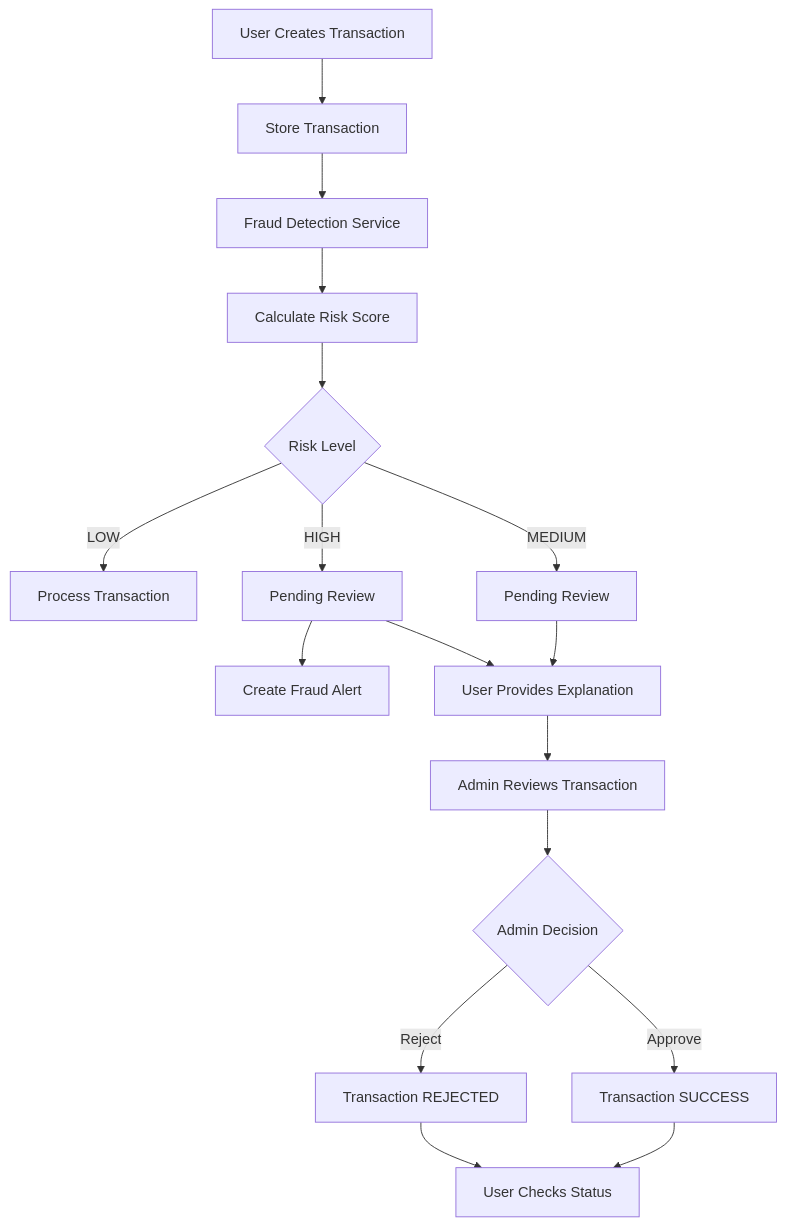
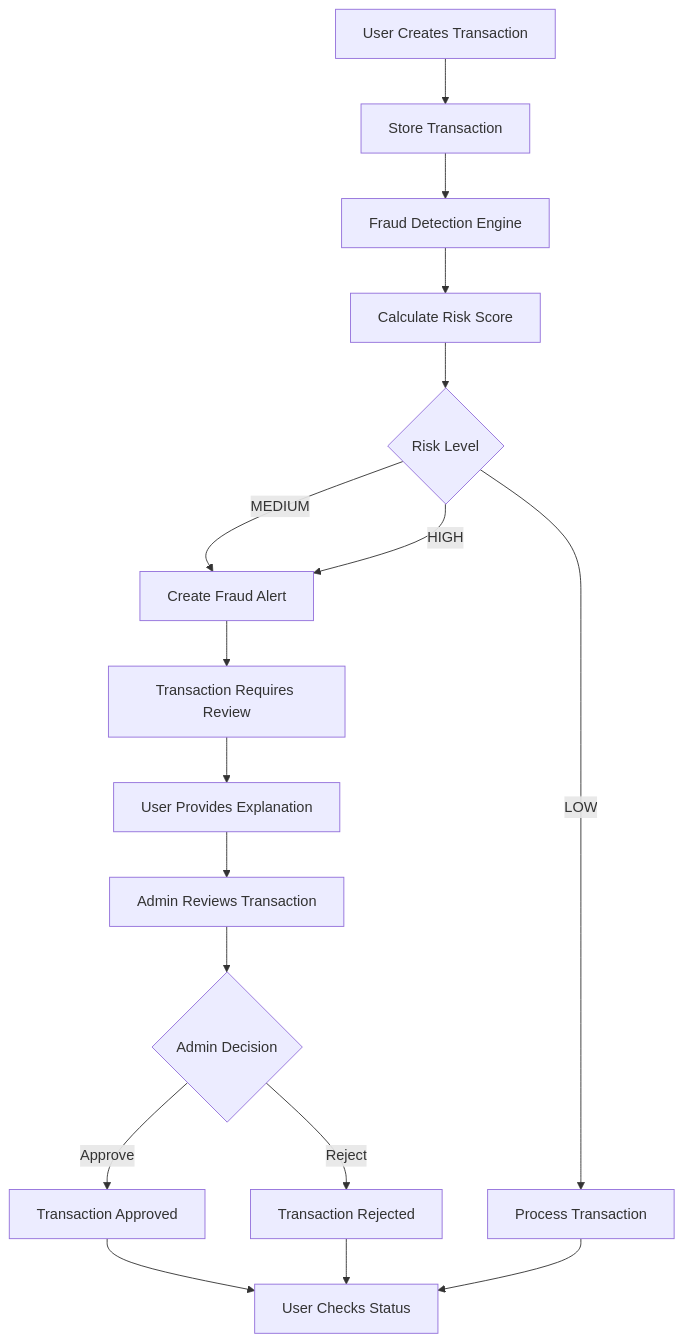
Before and after one commit to sujithakrishna/payshield-transaction-risk-system: the first of 5 diagrams in README.md, drawn with Mermaid. The commit also changed other lines of this file, not shown here.

````diff
--- a/README.md
+++ b/README.md
@@ -248,37 +168,25 @@
 ```mermaid
 flowchart TD
-
-    A[User Creates Transaction]
-
-    A --> B[Store Transaction]
-
-    B --> C[Fraud Detection Service]
-
+    A[User Creates Transaction] --> B[Store Transaction]
+    B --> C[Fraud Detection Engine]
     C --> D[Calculate Risk Score]
 
     D --> E{Risk Level}
 
     E -->|LOW| F[Process Transaction]
+    E -->|MEDIUM| G[Create Fraud Alert]
+    E -->|HIGH| G
 
-    E -->|MEDIUM| G[Pending Review]
+    G --> H[Transaction Requires Review]
+    H --> I[User Provides Explanation]
+    I --> J[Admin Reviews Transaction]
 
-    E -->|HIGH| H[Pending Review]
+    J --> K{Admin Decision}
 
-    H --> I[Create Fraud Alert]
+    K -->|Approve| L[Transaction Approved]
+    K -->|Reject| M[Transaction Rejected]
 
-    G --> J[User Provides Explanation]
-
-    H --> J
-
-    J --> K[Admin Reviews Transaction]
-
-    K --> L{Admin Decision}
-
-    L -->|Approve| M[Transaction SUCCESS]
-
-    L -->|Reject| N[Transaction REJECTED]
-
-    M --> O[User Checks Status]
-
-    N --> O
+    L --> N[User Checks Status]
+    M --> N
+    F --> N
 ```
````
